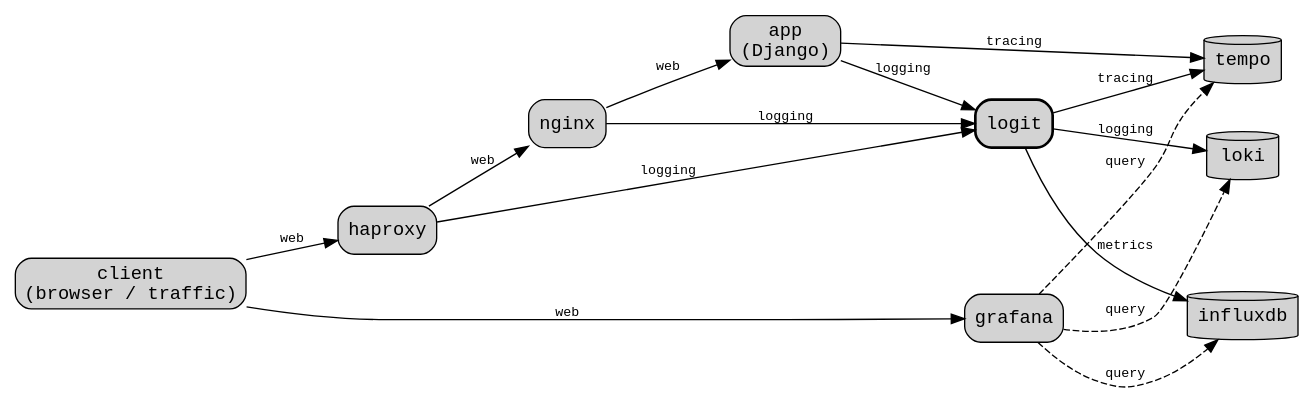
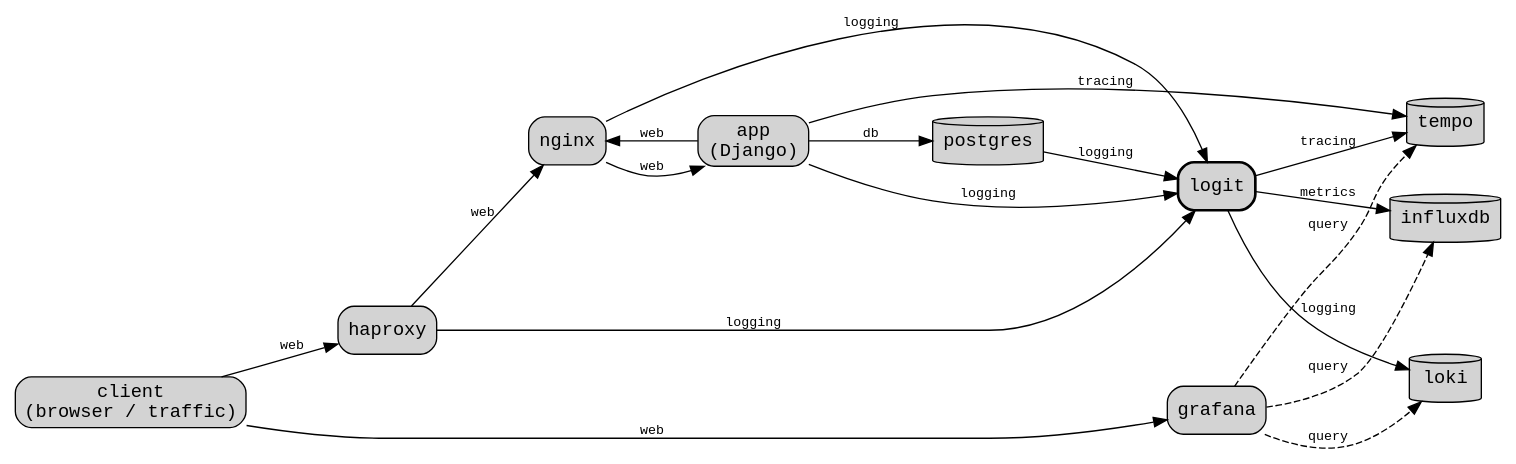
Before and after one commit to ross/logit: the diagram in demo/architecture.dot, drawn with Graphviz. The commit also changed 12 other files, not shown here.

```diff
--- a/demo/architecture.dot
+++ b/demo/architecture.dot
@@ -1,83 +1,100 @@
 // The demo stack's service architecture -- who talks to whom, and what *kind* of traffic each
-// edge carries (web / logging / tracing / metrics / query), as opposed to demo/logit.yaml's own
+// edge carries (web / logging / tracing / metrics / db / query), as opposed to demo/logit.yaml's own
 // pipeline diagram (rendered live by `logit graph`, shown just below this one on the landing
 // page), which is about `logit`'s internal component graph and the wire protocol each edge uses.
 // The two are deliberately complementary, not overlapping: this is the macro service topology,
 // that's the pipeline's own internals.
 //
 // Hand-authored, not generated: unlike the pipeline diagram, there's no single machine-readable
 // source this could be derived from -- "traffic type" is a human judgment call spanning
 // demo/compose.yaml, demo/logit.yaml, and demo/app/gunicorn.conf.py. That means it CAN drift from
 // reality if the topology changes and this file isn't updated by hand alongside it -- keep it in
 // sync deliberately, the way the pipeline diagram is kept in sync automatically.
 //
 // Rendered the same way the pipeline diagram is (demo/compose.yaml's `arch-svg`, reusing
 // demo/graph-renderer's Graphviz image) -- just without a generation step first, since this file
 // is already the source, not an intermediate.
 digraph architecture {
   rankdir=LR;
   nodesep=0.45;
   ranksep=0.7;
   node [fontname="monospace"];
   edge [fontname="monospace", fontsize=10];
 
   // `style="filled,..."` with no explicit `fillcolor`, matching crates/logit-cli/src/dot.rs's own
   // node styling exactly -- both diagrams end up the same default Graphviz lightgrey, not one
   // white and one grey.
 
   // One node for both the real browser and demo/compose.yaml's `traffic` generator -- from
   // haproxy's (or grafana's) point of view they're indistinguishable, and `traffic` exists only
   // to generate demo load, not as part of the architecture proper.
   client [shape=box, style="filled,rounded", label="client\n(browser / traffic)"];
 
   haproxy [shape=box, style="filled,rounded"];
   nginx   [shape=box, style="filled,rounded"];
   app     [shape=box, style="filled,rounded", label="app\n(Django)"];
   logit   [shape=box, style="filled,rounded,bold"];
   grafana [shape=box, style="filled,rounded"];
 
-  // Cylinders for the three data stores -- the one shape this diagram uses that the pipeline
+  // Cylinders for the four data stores -- the one shape this diagram uses that the pipeline
   // diagram doesn't, on purpose: nothing in `logit graph`'s own vocabulary distinguishes "a
   // backend that holds data" from any other sink, but at the architecture level that distinction
   // is exactly the point.
   loki     [shape=cylinder, style=filled];
   tempo    [shape=cylinder, style=filled];
   influxdb [shape=cylinder, style=filled];
+  postgres [shape=cylinder, style=filled];
 
-  // -- Web: the request path --------------------------------------------------------------
+  // -- Web: the request path, plus the re-entrant hop `/work` adds -------------------------
+  // (docs/plans/demo-richer-traces.md's workstream B): app calling back into nginx's own /inner
+  // is a second, independent "web" edge in the opposite direction from nginx -> app below, not a
+  // reuse of it -- the request genuinely re-enters the chain partway rather than looping in place.
   client  -> haproxy [label="web"];
   haproxy -> nginx   [label="web"];
   nginx   -> app     [label="web"];
+  app     -> nginx   [label="web"];
   client  -> grafana [label="web"];
 
   // -- Logging: every tier's access log reaches `logit` ------------------------------------
-  // haproxy's and app's over syslog; nginx's by `logit` tailing its container's own Docker
-  // json-file log directly off the host instead (docs/adr/file-tailing-and-docker-json-logs.md)
-  // -- this demo is that ADR's end-to-end proof. Still one "logging" edge either way: the
-  // distinction is a transport detail this architecture-level diagram doesn't otherwise draw
-  // (demo/logit.yaml's own topology comment has the tailing-specific detail).
-  haproxy -> logit [label="logging"];
-  nginx   -> logit [label="logging"];
-  app     -> logit [label="logging"];
-  logit   -> loki  [label="logging"];
+  // haproxy's and app's over syslog; nginx's and postgres's by `logit` tailing their own logs
+  // directly off the host instead -- nginx's Docker json-file log
+  // (docs/adr/file-tailing-and-docker-json-logs.md, this demo's end-to-end proof for that ADR)
+  // and postgres's plain rotating jsonlog directory (`tail_in`, docs/plans/demo-richer-traces.md's
+  // workstream C). Still one "logging" edge either way: the distinction is a transport detail
+  // this architecture-level diagram doesn't otherwise draw (demo/logit.yaml's own topology
+  // comment has the tailing-specific detail).
+  haproxy  -> logit [label="logging"];
+  nginx    -> logit [label="logging"];
+  app      -> logit [label="logging"];
+  postgres -> logit [label="logging"];
+  logit    -> loki  [label="logging"];
+
+  // -- db: app's own reads/writes against its database -------------------------------------
+  // A distinct category from "query" below -- that's Grafana reading back what this stack itself
+  // wrote; this is `app` reading and writing its own state, over `psycopg`
+  // (docs/plans/demo-richer-traces.md's workstream C).
+  app -> postgres [label="db"];
 
   // -- Tracing: two independent paths into Tempo -------------------------------------------
   // `logit`'s own internal spans travel this edge, and so do haproxy's/nginx's real access-line
   // spans (docs/adr/trace-context-span-lifting.md's `span:` block, derived from the same log
   // line the "logging" edges above already show -- one wire, two signals, no new edge needed
-  // here). `app`'s real request spans go straight to Tempo's own OTLP receiver instead,
+  // here). `app`'s real request spans -- and, as of workstream C, its `psycopg` CLIENT spans for
+  // every statement against `postgres` -- go straight to Tempo's own OTLP receiver instead,
   // deliberately bypassing `logit` (docs/plans/demo-tracing-stack.md's "Decisions already
   // settled") -- not every telemetry leg needs `logit` in front of it, and this diagram shows
-  // that honestly rather than drawing an edge through `logit` that doesn't exist.
+  // that honestly rather than drawing an edge through `logit` that doesn't exist. `postgres`
+  // itself gets no edge into `tempo` -- it runs no SDK; its trace id reaches Loki only, via the
+  // "logging" edge above.
   logit -> tempo [label="tracing"];
   app   -> tempo [label="tracing"];
 
   // -- Metrics -------------------------------------------------------------------------------
   logit -> influxdb [label="metrics"];
 
   // -- Query: Grafana reading back what everything else wrote, dashed to set it visually apart
   // from the push/write traffic above -------------------------------------------------------
   grafana -> loki     [label="query", style=dashed];
   grafana -> tempo    [label="query", style=dashed];
   grafana -> influxdb [label="query", style=dashed];
 }
```
